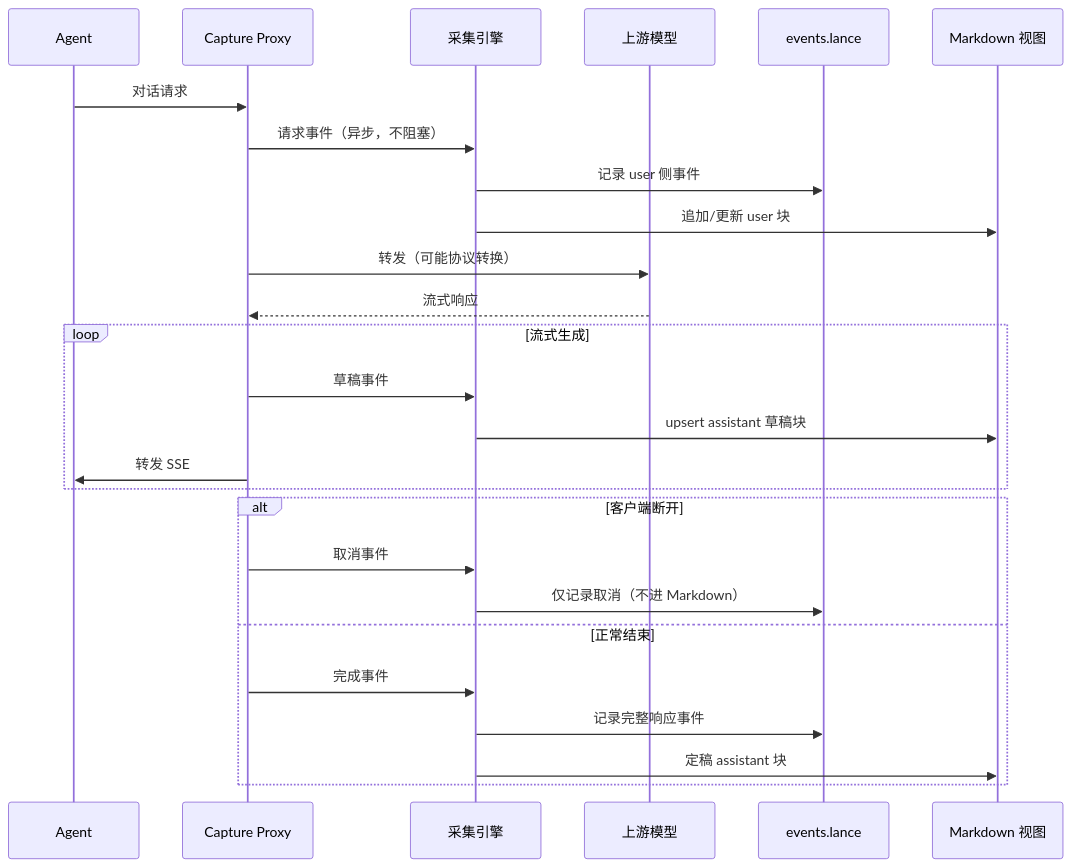
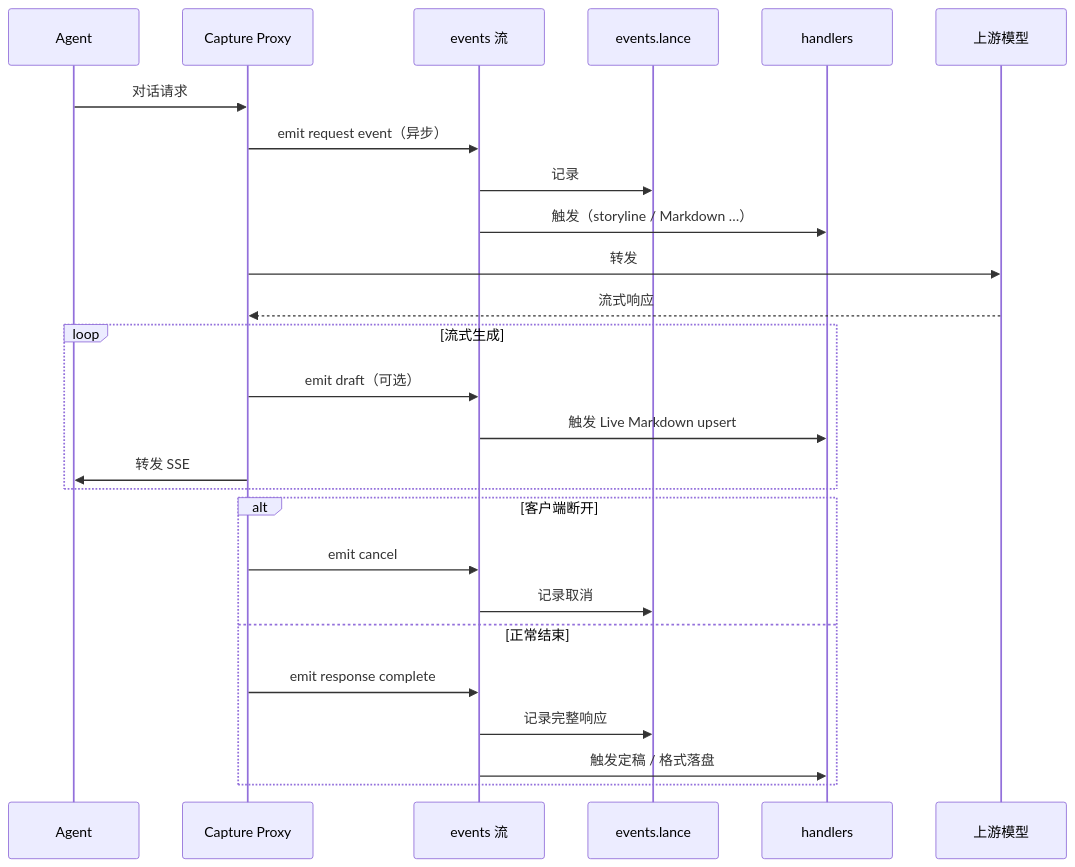
One commit to DeepLink-org/Persisting changed the second of 2 diagrams in docs/src/design/capture.md. Above: the diagram before and after it, drawn with Mermaid. The commit also changed other lines of this file and 55 other files, not shown here.

First line of the commit message:
feat: add pChronicle storyline hub and HTTP-first events RFCs

````diff
--- a/docs/src/design/capture.md
+++ b/docs/src/design/capture.md
@@ -265,32 +273,31 @@
 ```mermaid
 sequenceDiagram
     participant Agent
     participant Proxy as Capture Proxy
-    participant Engine as 采集引擎
+    participant Bus as events 流
+    participant Lance as events.lance
+    participant H as handlers
     participant Upstream as 上游模型
-    participant Lance as events.lance
-    participant MD as Markdown 视图
 
     Agent->>Proxy: 对话请求
-    Proxy->>Engine: 请求事件（异步，不阻塞）
-    Engine->>Lance: 记录 user 侧事件
-    Engine->>MD: 追加/更新 user 块
-
-    Proxy->>Upstream: 转发（可能协议转换）
+    Proxy->>Bus: emit request event（异步）
+    Bus->>Lance: 记录
+    Bus->>H: 触发（storyline / Markdown …）
+    Proxy->>Upstream: 转发
     Upstream-->>Proxy: 流式响应
 
     loop 流式生成
-        Proxy->>Engine: 草稿事件
-        Engine->>MD: upsert assistant 草稿块
+        Proxy->>Bus: emit draft（可选）
+        Bus->>H: 触发 Live Markdown upsert
         Proxy->>Agent: 转发 SSE
     end
 
     alt 客户端断开
-        Proxy->>Engine: 取消事件
-        Engine->>Lance: 仅记录取消（不进 Markdown）
+        Proxy->>Bus: emit cancel
+        Bus->>Lance: 记录取消
     else 正常结束
-        Proxy->>Engine: 完成事件
-        Engine->>Lance: 记录完整响应事件
-        Engine->>MD: 定稿 assistant 块
+        Proxy->>Bus: emit response complete
+        Bus->>Lance: 记录完整响应
+        Bus->>H: 触发定稿 / 格式落盘
     end
 ```
````
